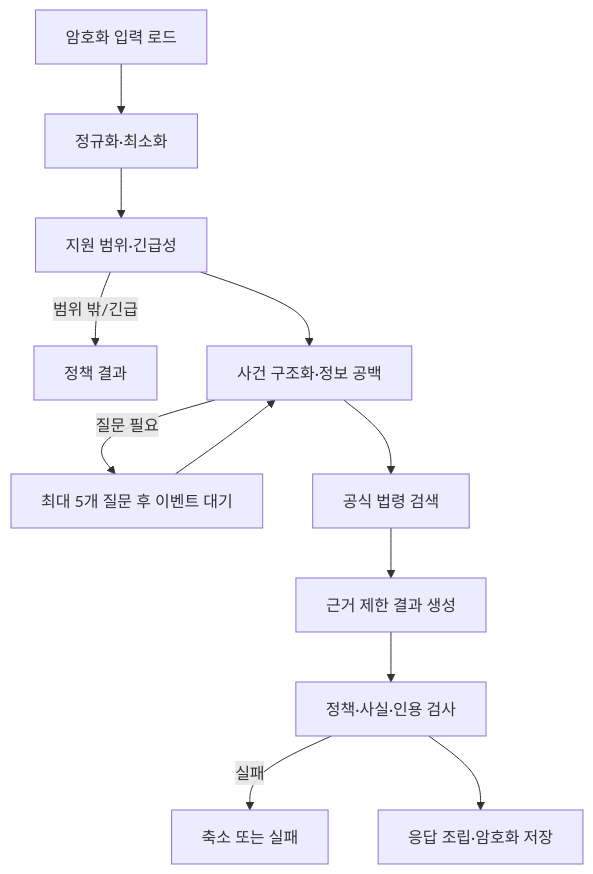
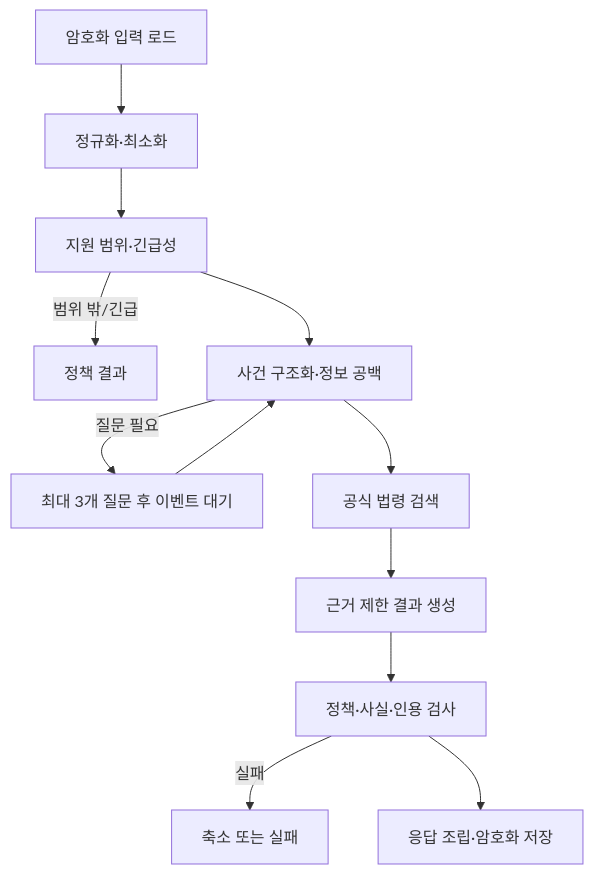
Before and after one commit to creno-va/baro: the diagram in docs/architecture/AI-PIPELINE.md, drawn with Mermaid. The commit also changed other lines of this file and 12 other files, not shown here.

````diff
--- a/docs/architecture/AI-PIPELINE.md
+++ b/docs/architecture/AI-PIPELINE.md
@@ -20,14 +28,14 @@
 ```mermaid
 flowchart TD
   A[암호화 입력 로드] --> B[정규화·최소화]
   B --> C[지원 범위·긴급성]
   C -->|범위 밖/긴급| P[정책 결과]
   C --> D[사건 구조화·정보 공백]
-  D -->|질문 필요| E[최대 5개 질문 후 이벤트 대기]
+  D -->|질문 필요| E[최대 3개 질문 후 이벤트 대기]
   E --> D
   D --> F[공식 법령 검색]
   F --> G[근거 제한 결과 생성]
   G --> H[정책·사실·인용 검사]
   H -->|실패| X[축소 또는 실패]
   H --> I[응답 조립·암호화 저장]
 ```
````
